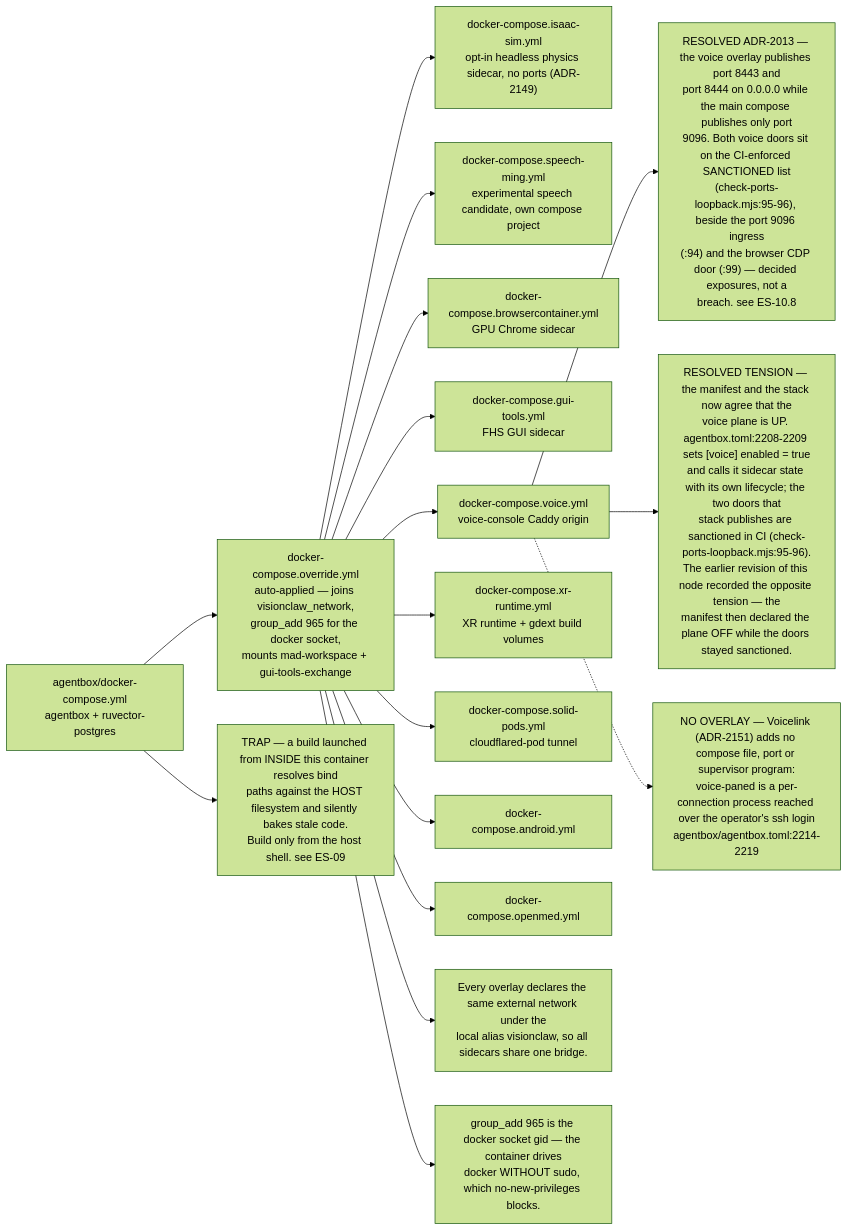
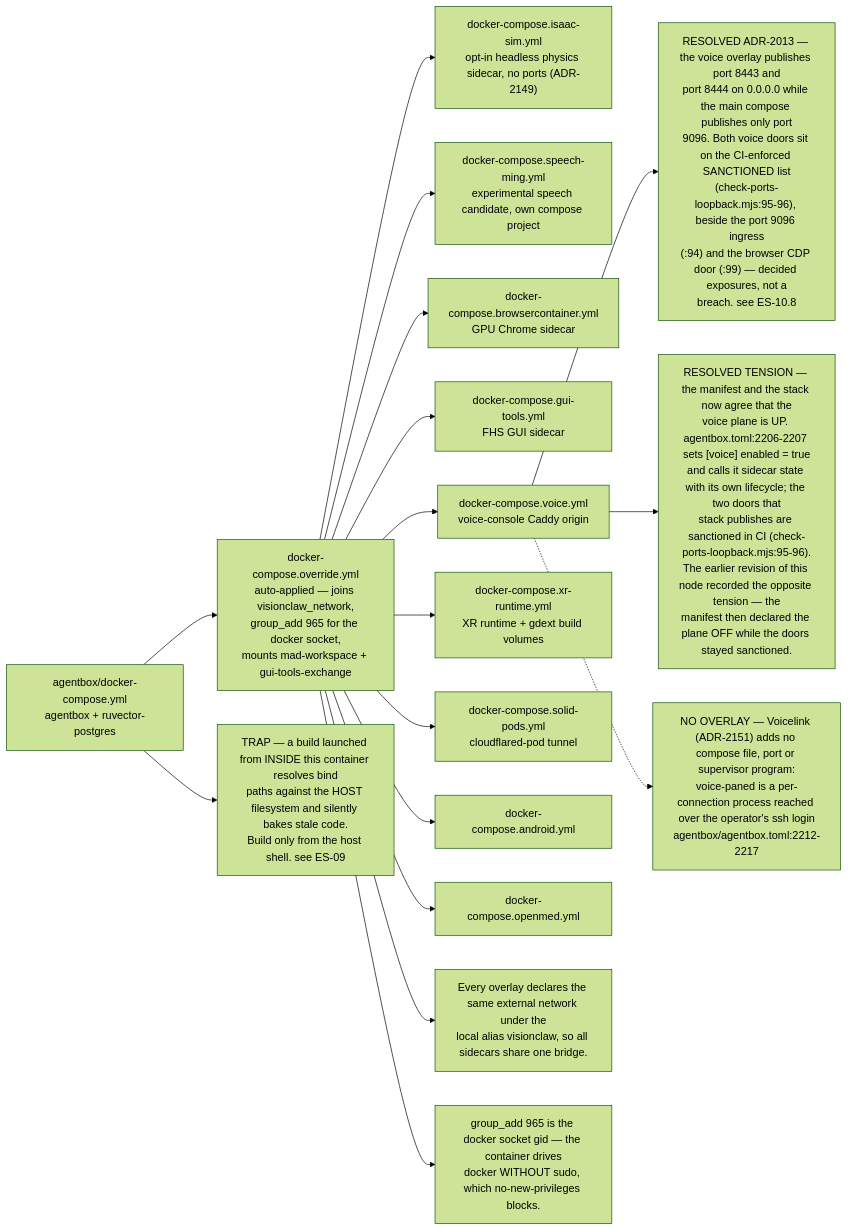
One commit to DreamLab-AI/VisionFlow changed the fifth of 8 diagrams in docs/diagrams/estate/01-estate-topology.md. Above: the diagram before and after it, drawn with Mermaid (forest theme). The commit also changed other lines of this file and 145 other files, not shown here.

````diff
--- a/docs/diagrams/estate/01-estate-topology.md
+++ b/docs/diagrams/estate/01-estate-topology.md
@@ -222,40 +222,40 @@
 ```mermaid
 flowchart LR
     BASE["agentbox/docker-compose.yml<br/>agentbox + ruvector-postgres"]
     OV["docker-compose.override.yml<br/>auto-applied — joins visionclaw_network,<br/>group_add 965 for the docker socket,<br/>mounts mad-workspace + gui-tools-exchange"]
     ISF["docker-compose.isaac-sim.yml<br/>opt-in headless physics sidecar, no ports (ADR-2149)"]
     SMF["docker-compose.speech-ming.yml<br/>experimental speech candidate, own compose project"]
     BCF["docker-compose.browsercontainer.yml<br/>GPU Chrome sidecar"]
     GTF["docker-compose.gui-tools.yml<br/>FHS GUI sidecar"]
     VF["docker-compose.voice.yml<br/>voice-console Caddy origin"]
     XF["docker-compose.xr-runtime.yml<br/>XR runtime + gdext build volumes"]
     SPF["docker-compose.solid-pods.yml<br/>cloudflared-pod tunnel"]
     ANF["docker-compose.android.yml"]
     OMF["docker-compose.openmed.yml"]
 
     BASE --> OV
     OV --> BCF
     OV --> GTF
     OV --> VF
     OV --> XF
     OV --> SPF
     OV --> ANF
     OV --> OMF
     OV --> ISF
     OV --> SMF
 
     N1["Every overlay declares the same external network under the<br/>local alias visionclaw, so all sidecars share one bridge."]
     N2["group_add 965 is the docker socket gid — the container drives<br/>docker WITHOUT sudo, which no-new-privileges blocks."]
     D1["RESOLVED ADR-2013 — the voice overlay publishes port 8443 and<br/>port 8444 on 0.0.0.0 while the main compose publishes only port<br/>9096. Both voice doors sit on the CI-enforced SANCTIONED list<br/>(check-ports-loopback.mjs:95-96), beside the port 9096 ingress<br/>(:94) and the browser CDP door (:99) — decided exposures, not a<br/>breach. see ES-10.8"]
-    D3["RESOLVED TENSION — the manifest and the stack now agree that the<br/>voice plane is UP. agentbox.toml:2208-2209 sets [voice] enabled = true<br/>and calls it sidecar state with its own lifecycle; the two doors that<br/>stack publishes are sanctioned in CI (check-ports-loopback.mjs:95-96).<br/>The earlier revision of this node recorded the opposite tension — the<br/>manifest then declared the plane OFF while the doors stayed sanctioned."]
+    D3["RESOLVED TENSION — the manifest and the stack now agree that the<br/>voice plane is UP. agentbox.toml:2206-2207 sets [voice] enabled = true<br/>and calls it sidecar state with its own lifecycle; the two doors that<br/>stack publishes are sanctioned in CI (check-ports-loopback.mjs:95-96).<br/>The earlier revision of this node recorded the opposite tension — the<br/>manifest then declared the plane OFF while the doors stayed sanctioned."]
     D2["TRAP — a build launched from INSIDE this container resolves bind<br/>paths against the HOST filesystem and silently bakes stale code.<br/>Build only from the host shell. see ES-09"]
 
-    VL["NO OVERLAY — Voicelink (ADR-2151) adds no compose file, port or supervisor program:<br/>voice-paned is a per-connection process reached over the operator's ssh login<br/>agentbox/agentbox.toml:2214-2219"]
+    VL["NO OVERLAY — Voicelink (ADR-2151) adds no compose file, port or supervisor program:<br/>voice-paned is a per-connection process reached over the operator's ssh login<br/>agentbox/agentbox.toml:2212-2217"]
 
     OV --> N1
     OV --> N2
     VF --> D1
     VF --> D3
     BASE --> D2
     VF -.-> VL
 ```
````
